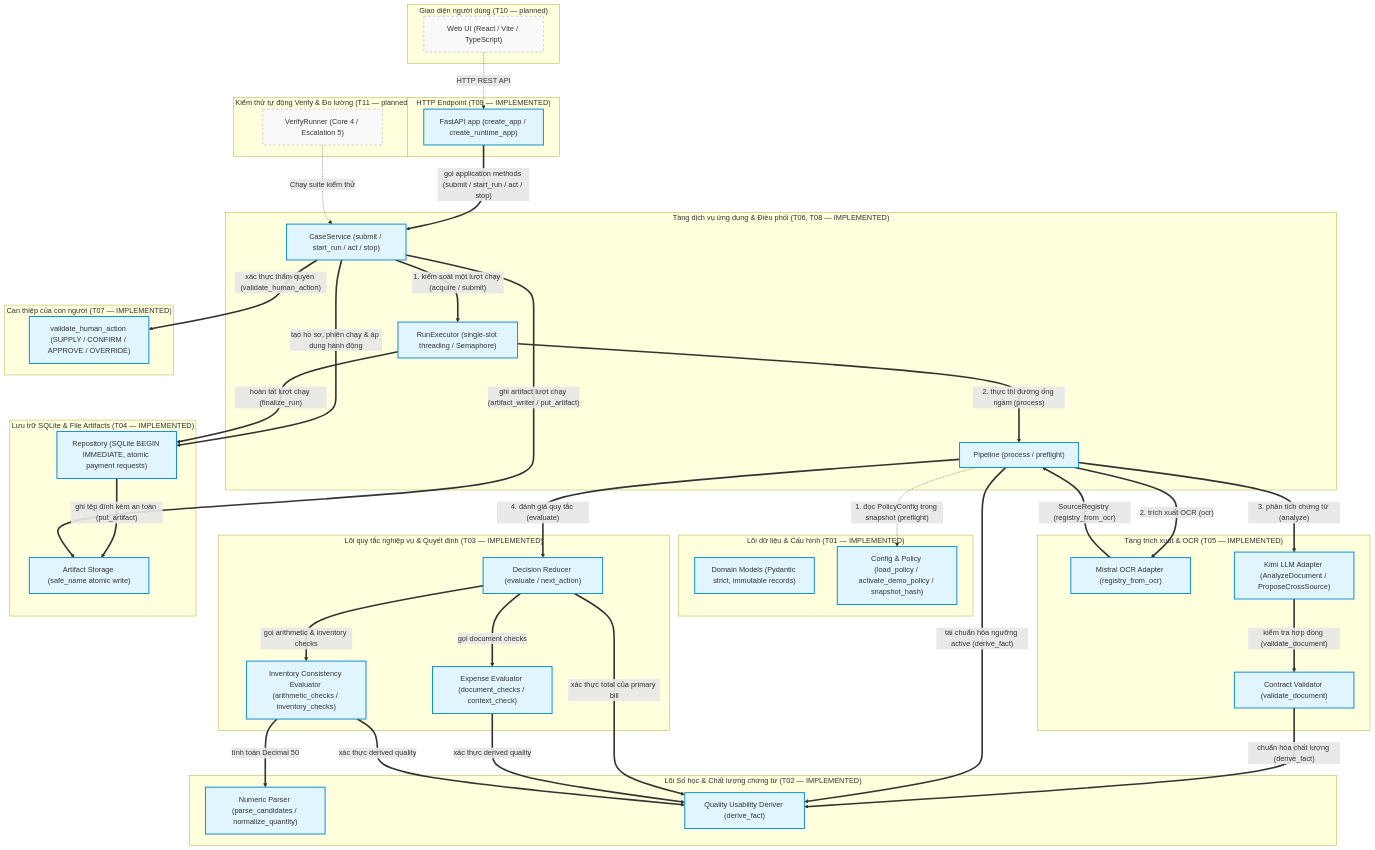
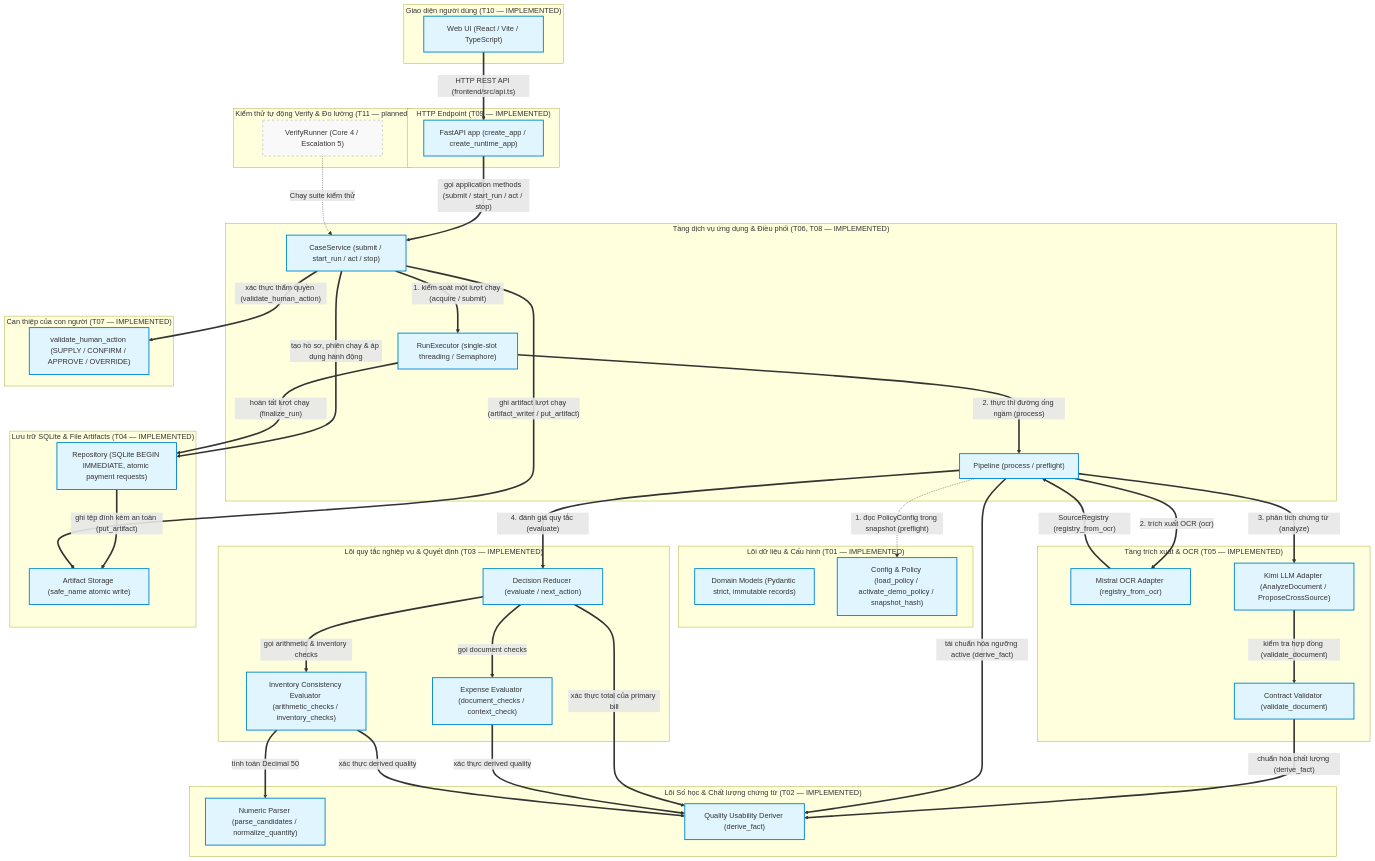
The diagram in docs/SYSTEM_FLOW_ATLAS.md (Nnguyen-dev2805/InvoiceReferee), drawn with Mermaid before and after one commit. The commit also changed other lines of this file, not shown here.

Commit message:
docs: update system flow atlas documentation

```diff
--- a/docs/SYSTEM_FLOW_ATLAS.md
+++ b/docs/SYSTEM_FLOW_ATLAS.md
@@ -21,7 +21,7 @@
     classDef implemented fill:#e1f5fe,stroke:#0288d1,stroke-width:2px;
     classDef planned fill:#f9f9f9,stroke:#9e9e9e,stroke-width:1px,stroke-dasharray: 5 5;
 
-    subgraph UIClient["Giao diện người dùng (T10 — planned)"]
+    subgraph UIClient["Giao diện người dùng (T10 — IMPLEMENTED)"]
         UI["Web UI (React / Vite / TypeScript)"]
     end
 
@@ -71,11 +71,11 @@
     end
 
     %% Áp dụng style class cho nodes
-    class MODELS,CFG,NUM,QUAL,EXP,INV,DEC,REPO,ART,MISTRAL,KIMI,VAL,PIPE,HUMAN,SVC,EXEC,APP implemented;
-    class UI,VERIFY planned;
+    class MODELS,CFG,NUM,QUAL,EXP,INV,DEC,REPO,ART,MISTRAL,KIMI,VAL,PIPE,HUMAN,SVC,EXEC,APP,UI implemented;
+    class VERIFY planned;
 
-    %% Tương tác luồng UI -> API -> Service (T10 planned, T09 IMPLEMENTED)
-    UI -.->|"HTTP REST API"| APP
+    %% Tương tác luồng UI -> API -> Service (T10, T09 IMPLEMENTED)
+    UI ==>|"HTTP REST API (frontend/src/api.ts)"| APP
     APP ==>|"gọi application methods (submit / start_run / act / stop)"| SVC
 
     %% Dịch vụ ứng dụng điều phối thực thi và đường ống (T08 IMPLEMENTED)
```
